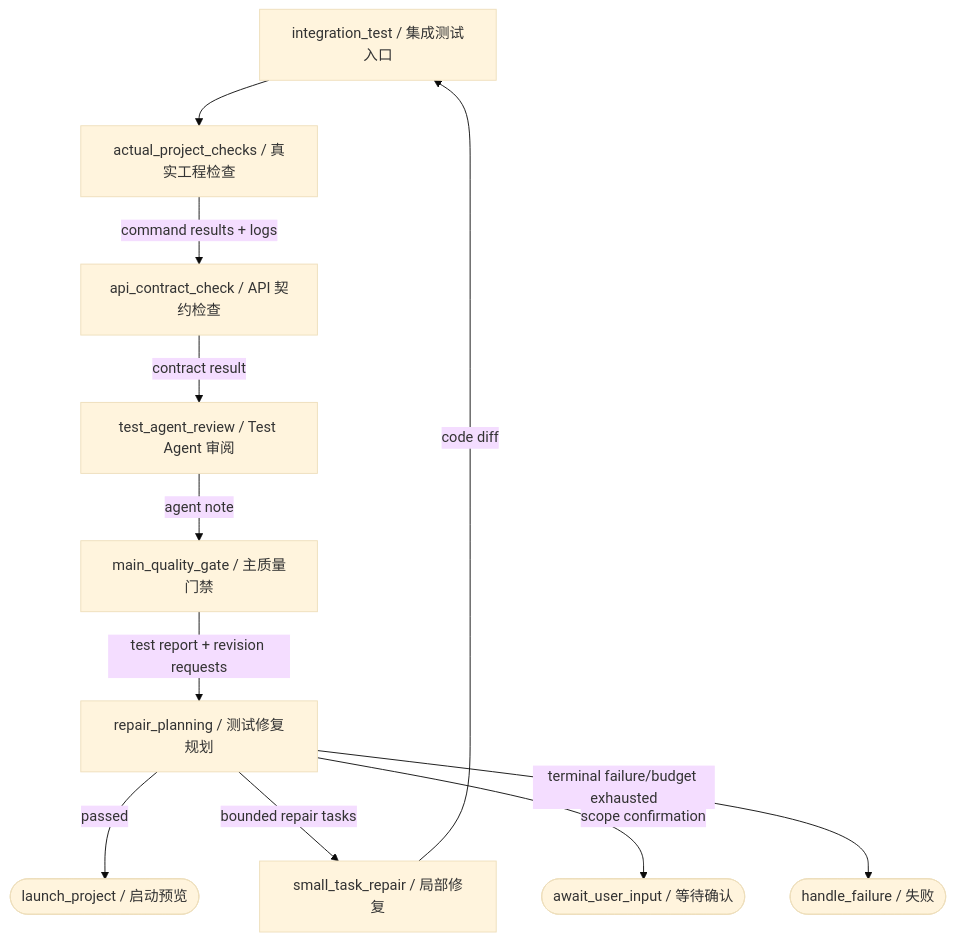
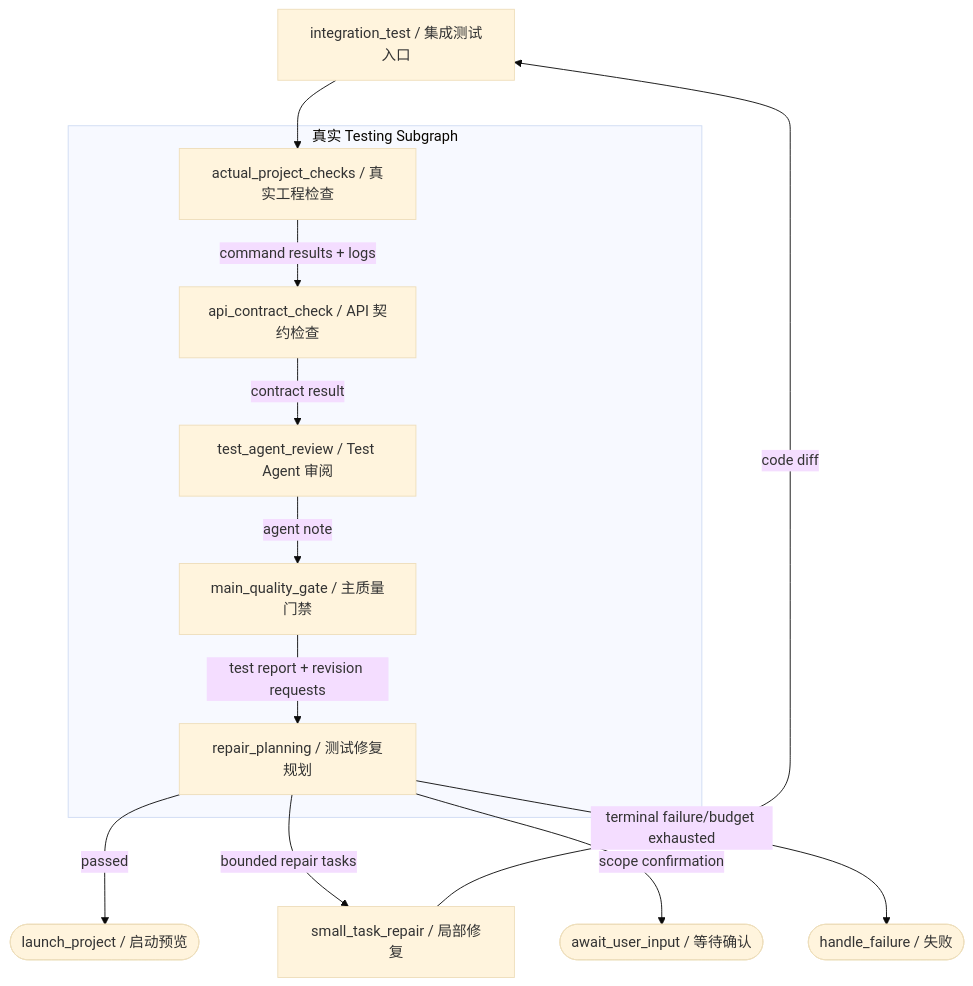
One commit to YYYWYF/XCodeAgent changed the seventh of 11 diagrams in docs/XCODEAGENT_COMPLETE_WORKFLOW.md. Above: the diagram before and after it, drawn with Mermaid (base theme). The commit also changed other lines of this file and 7 other files, not shown here.

````diff
--- a/docs/XCODEAGENT_COMPLETE_WORKFLOW.md
+++ b/docs/XCODEAGENT_COMPLETE_WORKFLOW.md
@@ -489,24 +517,26 @@
 ```mermaid
 flowchart TD
     I["integration_test / 集成测试入口"]
-    A["actual_project_checks / 真实工程检查"]
-    C["api_contract_check / API 契约检查"]
-    T["test_agent_review / Test Agent 审阅"]
-    G["main_quality_gate / 主质量门禁"]
-    R["repair_planning / 测试修复规划"]
+    subgraph TS["真实 Testing Subgraph"]
+        A["actual_project_checks / 真实工程检查"]
+        C["api_contract_check / API 契约检查"]
+        T["test_agent_review / Test Agent 审阅"]
+        G["main_quality_gate / 主质量门禁"]
+        R["repair_planning / 测试修复规划"]
+    end
     S["small_task_repair / 局部修复"]
     L(["launch_project / 启动预览"])
     U(["await_user_input / 等待确认"])
     F(["handle_failure / 失败"])
 
     I --> A
     A -->|"command results + logs"| C
     C -->|"contract result"| T
     T -->|"agent note"| G
     G -->|"test report + revision requests"| R
     R -->|"passed"| L
     R -->|"bounded repair tasks"| S
     S -->|"code diff"| I
     R -->|"scope confirmation"| U
     R -->|"terminal failure/budget exhausted"| F
 ```
````
